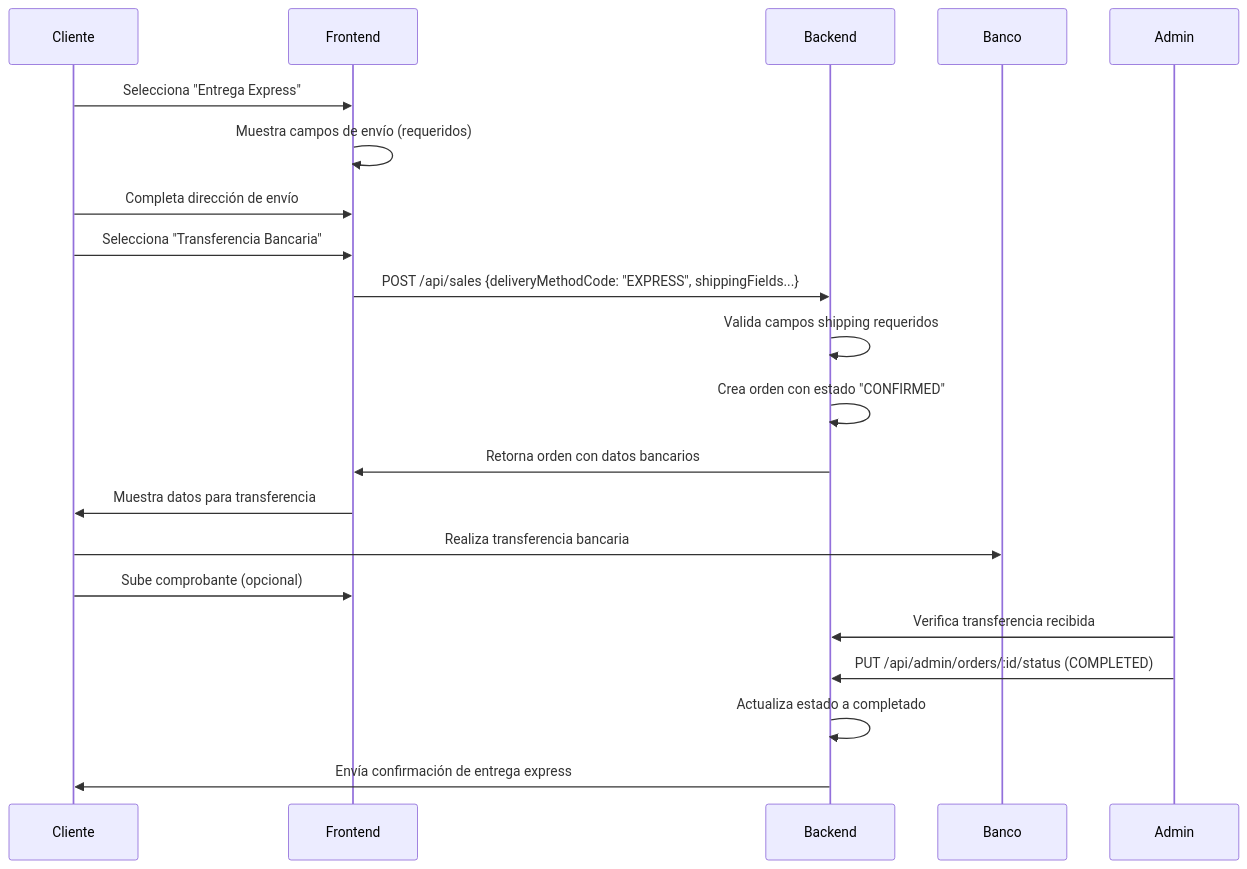
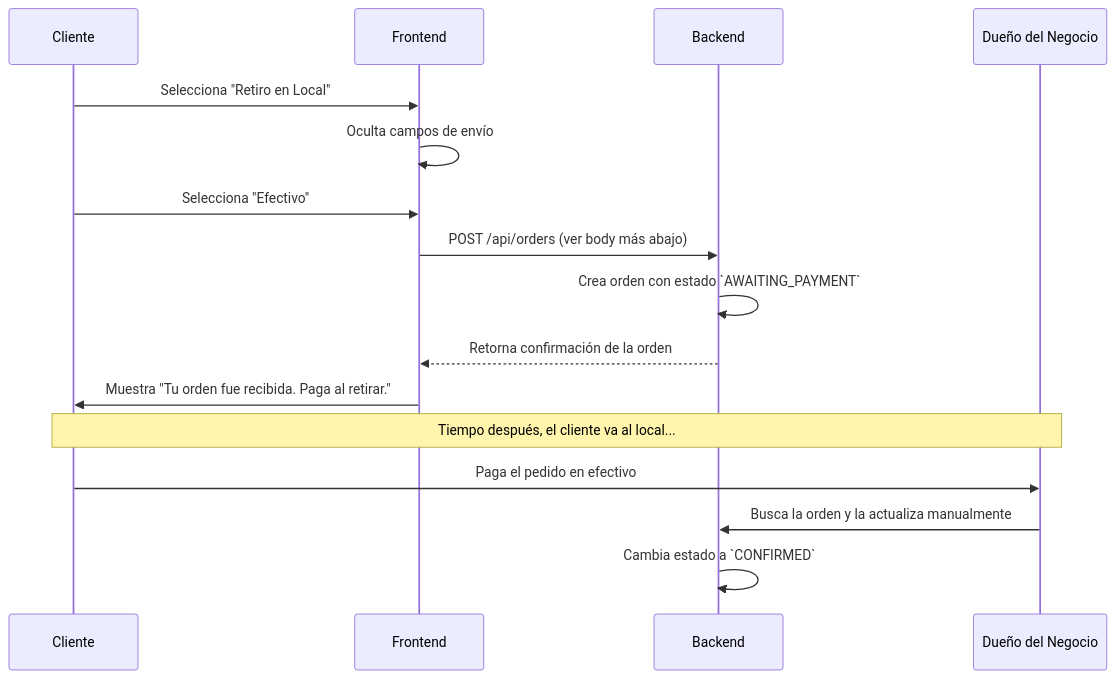
Before and after one commit to Ivetta-Luis-Alberto-114588/front-startup: the second of 3 diagrams in docs_backend/payment-methods-manual.md, drawn with Mermaid. The commit also changed other lines of this file and 24 other files, not shown here.

````diff
--- a/docs_backend/payment-methods-manual.md
+++ b/docs_backend/payment-methods-manual.md
@@ -365,26 +128,18 @@
 ```mermaid
 sequenceDiagram
     participant C as Cliente
     participant F as Frontend
     participant B as Backend
-    participant Bank as Banco
-    participant A as Admin
-    
-    C->>F: Selecciona "Entrega Express"
-    F->>F: Muestra campos de envío (requeridos)
-    C->>F: Completa dirección de envío
-    C->>F: Selecciona "Transferencia Bancaria"
-    F->>B: POST /api/sales {deliveryMethodCode: "EXPRESS", shippingFields...}
-    B->>B: Valida campos shipping requeridos
-    B->>B: Crea orden con estado "CONFIRMED"
-    B->>F: Retorna orden con datos bancarios
-    F->>C: Muestra datos para transferencia
-    
-    C->>Bank: Realiza transferencia bancaria
-    C->>F: Sube comprobante (opcional)
-    
-    A->>B: Verifica transferencia recibida
-    A->>B: PUT /api/admin/orders/:id/status (COMPLETED)
-    B->>B: Actualiza estado a completado
-    B->>C: Envía confirmación de entrega express
+    participant Admin as Dueño del Negocio
+    C->>F: Selecciona "Retiro en Local"
+    F->>F: Oculta campos de envío
+    C->>F: Selecciona "Efectivo"
+    F->>B: POST /api/orders (ver body más abajo)
+    B->>B: Crea orden con estado `AWAITING_PAYMENT`
+    B-->>F: Retorna confirmación de la orden
+    F->>C: Muestra "Tu orden fue recibida. Paga al retirar."
+    Note over C,Admin: Tiempo después, el cliente va al local...
+    C->>Admin: Paga el pedido en efectivo
+    Admin->>B: Busca la orden y la actualiza manualmente
+    B->>B: Cambia estado a `CONFIRMED`
 ```
````
